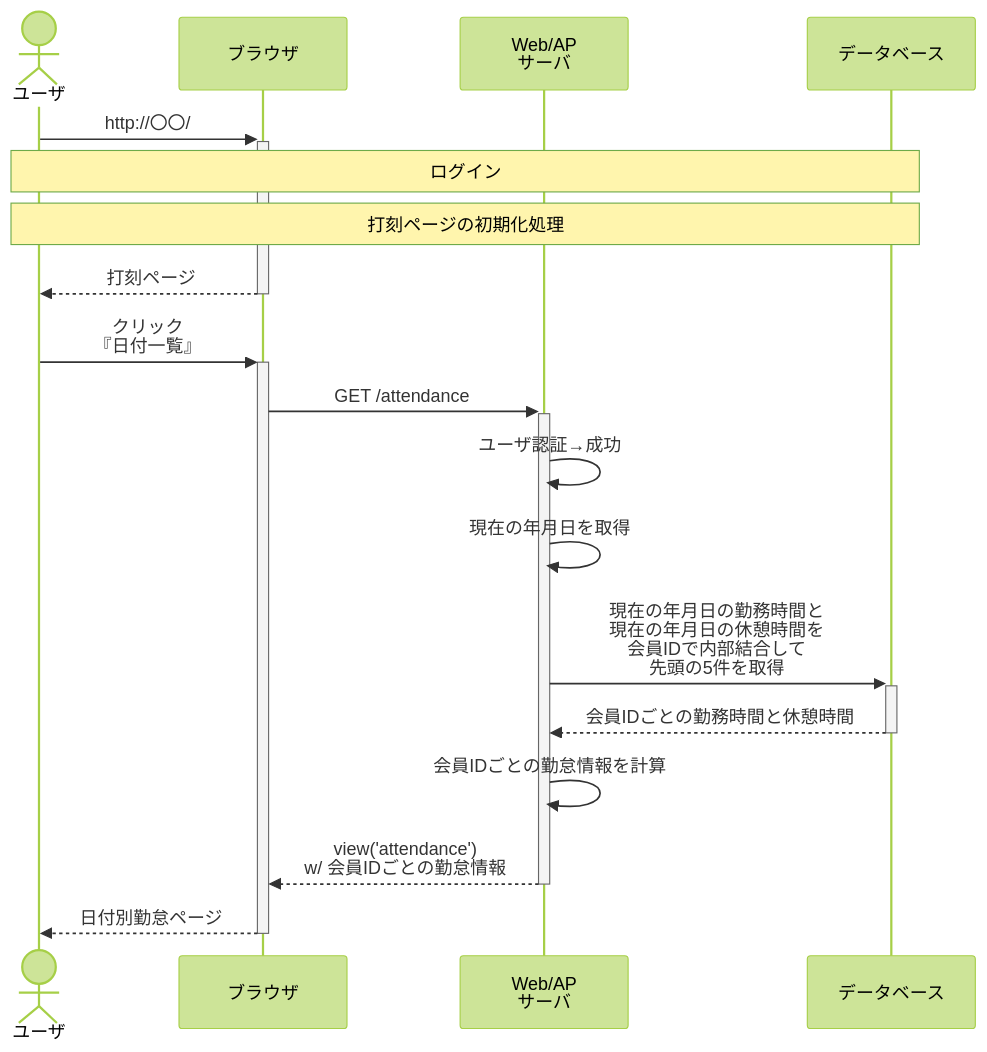
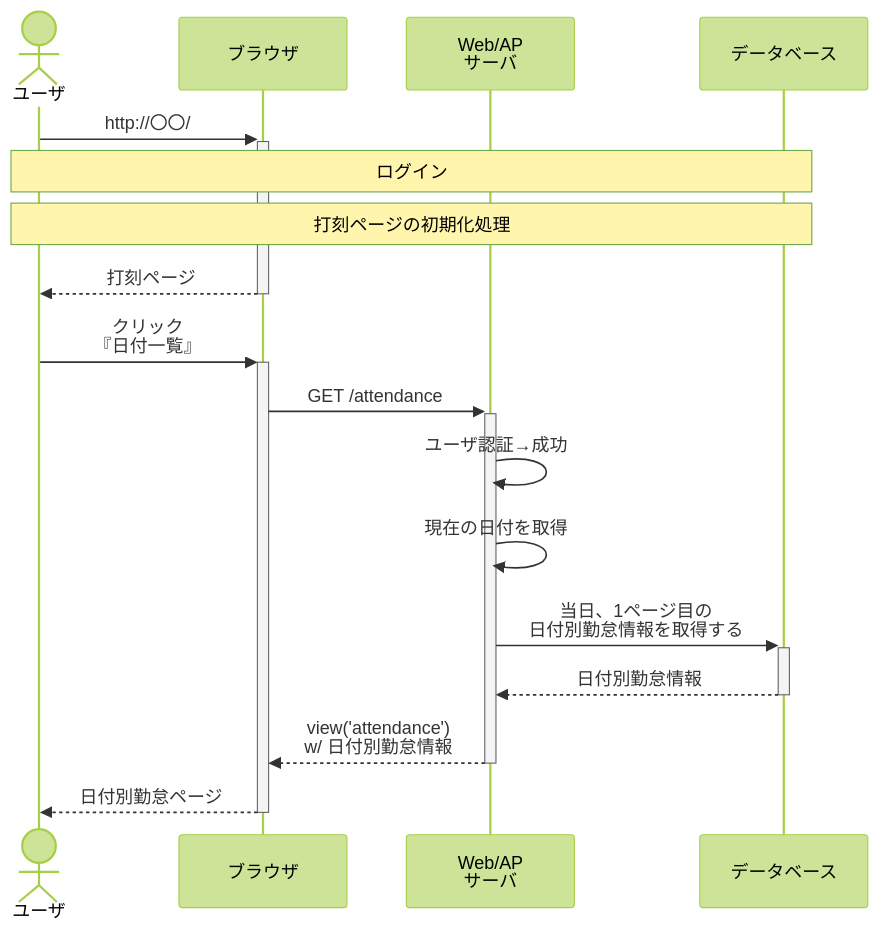
One commit to ryamao/atte changed the first of 2 diagrams in doc/シーケンス図/日付別勤怠ページ.md. Above: the diagram before and after it, drawn with Mermaid (forest theme). The commit also changed other lines of this file and 9 other files, not shown here.

Commit message:
doc: シーケンス図を修正

````diff
--- a/doc/シーケンス図/日付別勤怠ページ.md
+++ b/doc/シーケンス図/日付別勤怠ページ.md
@@ -5,22 +5,21 @@
 ```mermaid
 sequenceDiagram
   actor U as ユーザ
   participant B as ブラウザ
   participant A as Web/AP<br>サーバ
   participant D as データベース
 
   U ->>+ B : http://〇〇/
   note over U, D : ログイン
   note over U, D : 打刻ページの初期化処理
   B -->>- U : 打刻ページ
 
   U ->>+ B : クリック<br>『日付一覧』
   B ->>+ A : GET /attendance
   A ->> A : ユーザ認証→成功
-  A ->> A : 現在の年月日を取得
-  A ->>+ D : 現在の年月日の勤務時間と<br>現在の年月日の休憩時間を<br>会員IDで内部結合して<br>先頭の5件を取得
-  D -->>- A : 会員IDごとの勤務時間と休憩時間
-  A ->> A : 会員IDごとの勤怠情報を計算
-  A -->>- B : view('attendance')<br>w/ 会員IDごとの勤怠情報
+  A ->> A : 現在の日付を取得
+  A ->>+ D : 当日、1ページ目の<br>日付別勤怠情報を取得する
+  D -->>- A : 日付別勤怠情報
+  A -->>- B : view('attendance')<br>w/ 日付別勤怠情報
   B -->>- U : 日付別勤怠ページ
 ```
````
